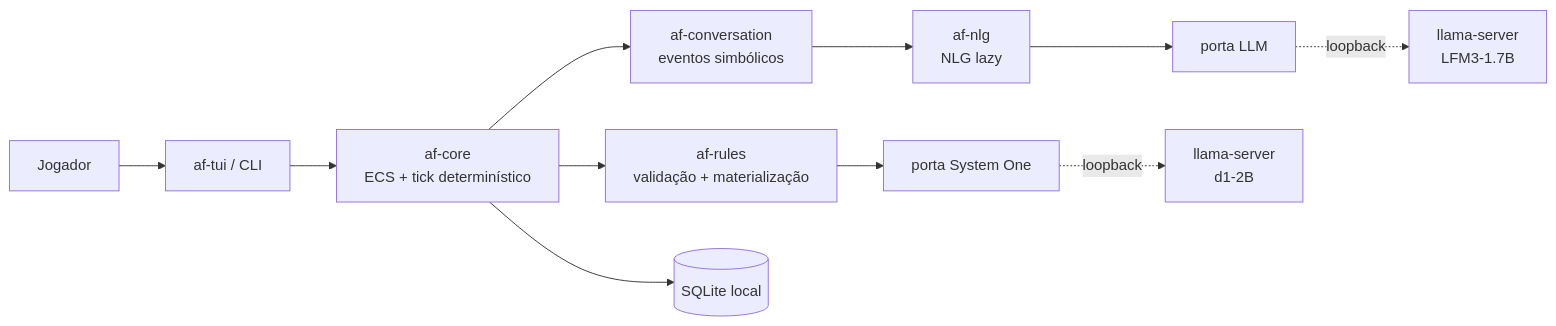
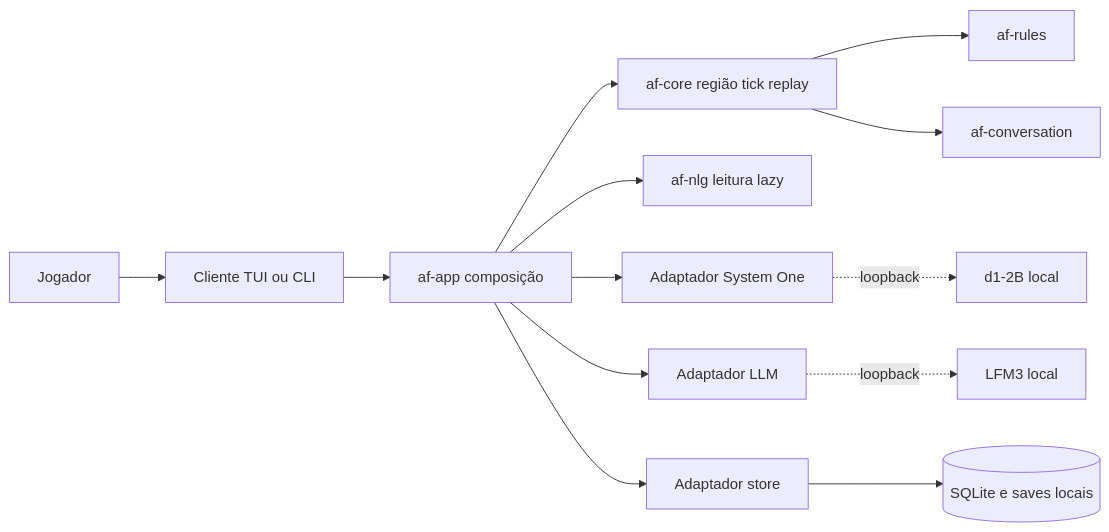
Before and after one commit to frederico-kluser/ai-fantasy: the diagram in README.md, drawn with Mermaid. The commit also changed other lines of this file and 115 other files, not shown here.

Commit message:
docs(plan): finalize roadmap and multi-agent execution prompts (#7)

````diff
--- a/README.md
+++ b/README.md
@@ -82,13 +93,15 @@
 ```mermaid
 flowchart LR
-    P[Jogador] --> UI[af-tui / CLI]
-    UI --> CORE[af-core<br/>ECS + tick determinístico]
-    CORE --> RULES[af-rules<br/>validação + materialização]
-    CORE --> CONV[af-conversation<br/>eventos simbólicos]
-    CONV --> NLG[af-nlg<br/>NLG lazy]
-    RULES --> SO[porta System One]
-    NLG --> LLM[porta LLM]
-    SO -. loopback .-> D1[llama-server<br/>d1-2B]
-    LLM -. loopback .-> LFM[llama-server<br/>LFM3-1.7B]
-    CORE --> STORE[(SQLite local)]
+    P[Jogador] --> UI[Cliente TUI ou CLI]
+    UI --> APP[af-app composição]
+    APP --> CORE[af-core região tick replay]
+    CORE --> RULES[af-rules]
+    CORE --> CONV[af-conversation]
+    APP --> NLG[af-nlg leitura lazy]
+    APP --> SO[Adaptador System One]
+    APP --> LLM[Adaptador LLM]
+    APP --> STORE[Adaptador store]
+    SO -. loopback .-> D1[d1-2B local]
+    LLM -. loopback .-> LFM[LFM3 local]
+    STORE --> DB[(SQLite e saves locais)]
 ```
````
